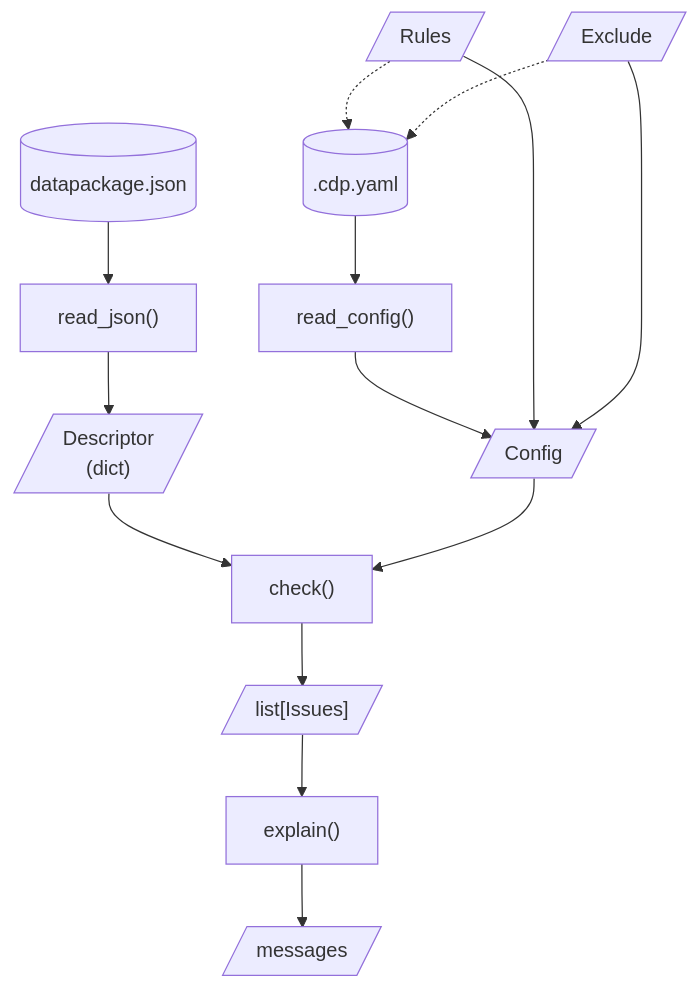
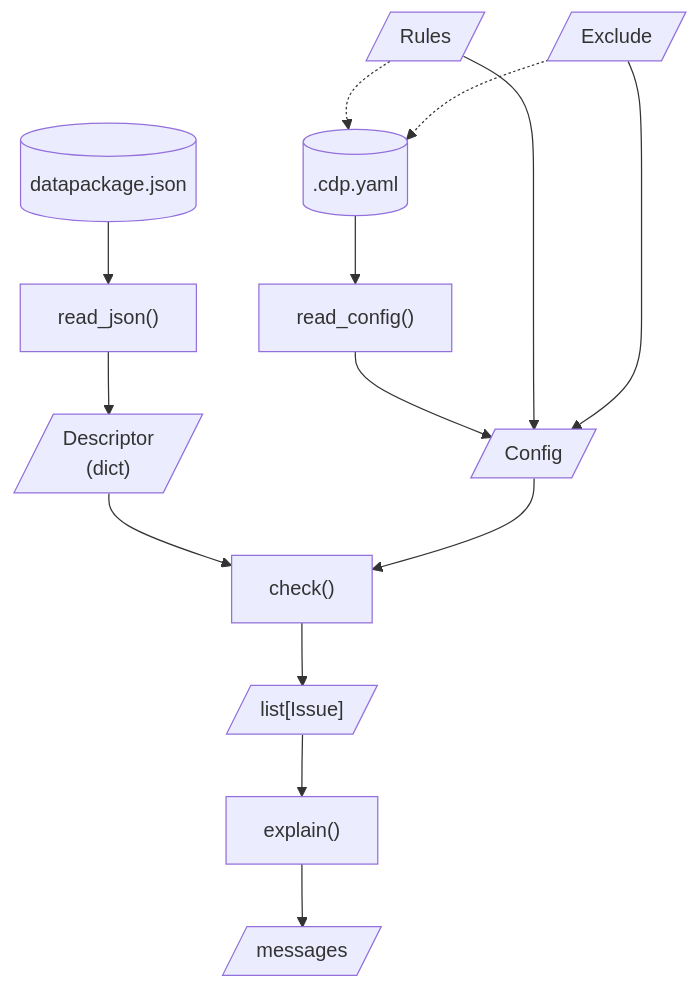
The diagram in docs/design/interface.qmd (seedcase-project/check-datapackage), drawn with Mermaid before and after one commit. The commit also changed other lines of this file, not shown here.

````diff
--- a/docs/design/interface.qmd
+++ b/docs/design/interface.qmd
@@ -255,28 +260,28 @@
 ```{mermaid}
 %%| label: fig-interface-flow
 %%| fig-cap: "Flow of functions and classes when using `check-datapackage`."
 %%| fig-alt: "A flowchart showing the flow of using `check-datapackage`, starting with reading the datapackage.json and .cdp.yaml files, then checking the descriptor with the config, and finally explaining any issues found."
 flowchart TD
     descriptor_file[(datapackage.json)]
     read_json["read_json()"]
     descriptor[/"Descriptor<br>(dict)"/]
 
     config_file[(.cdp.yaml)]
     read_config["read_config()"]
 
     config[/Config/]
     rules[/Rules/]
     exclude[/Exclude/]
     check["check()"]
-    issues[/"list[Issues]"/]
+    issues[/"list[Issue]"/]
 
     explain["explain()"]
     messages[/messages/]
 
     descriptor_file --> read_json --> descriptor
     config_file --> read_config --> config
     rules & exclude --> config
     rules & exclude -.-> config_file
 
     descriptor & config --> check --> issues --> explain --> messages
 ```
````
